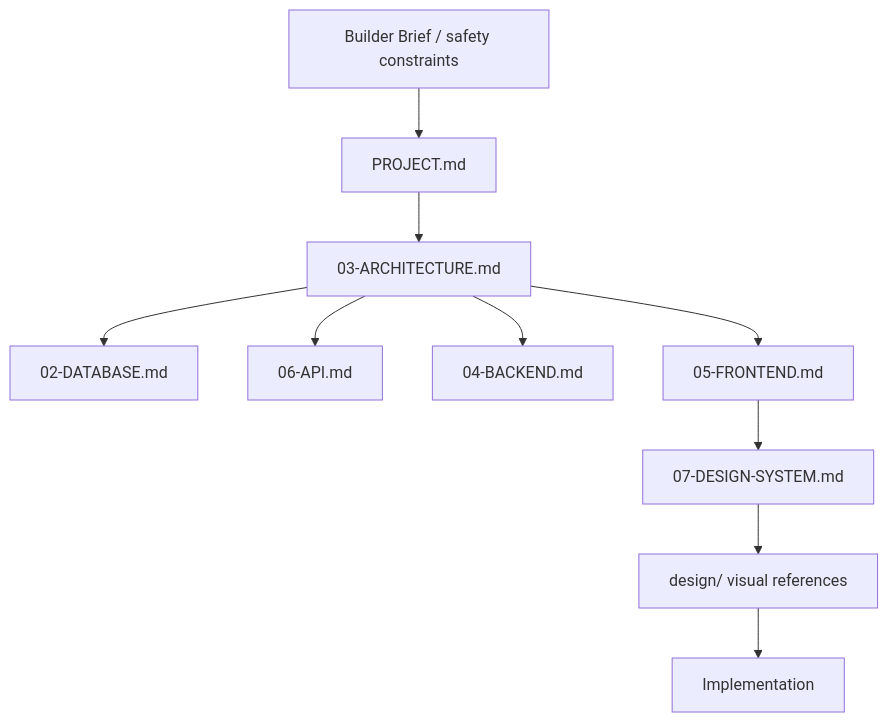
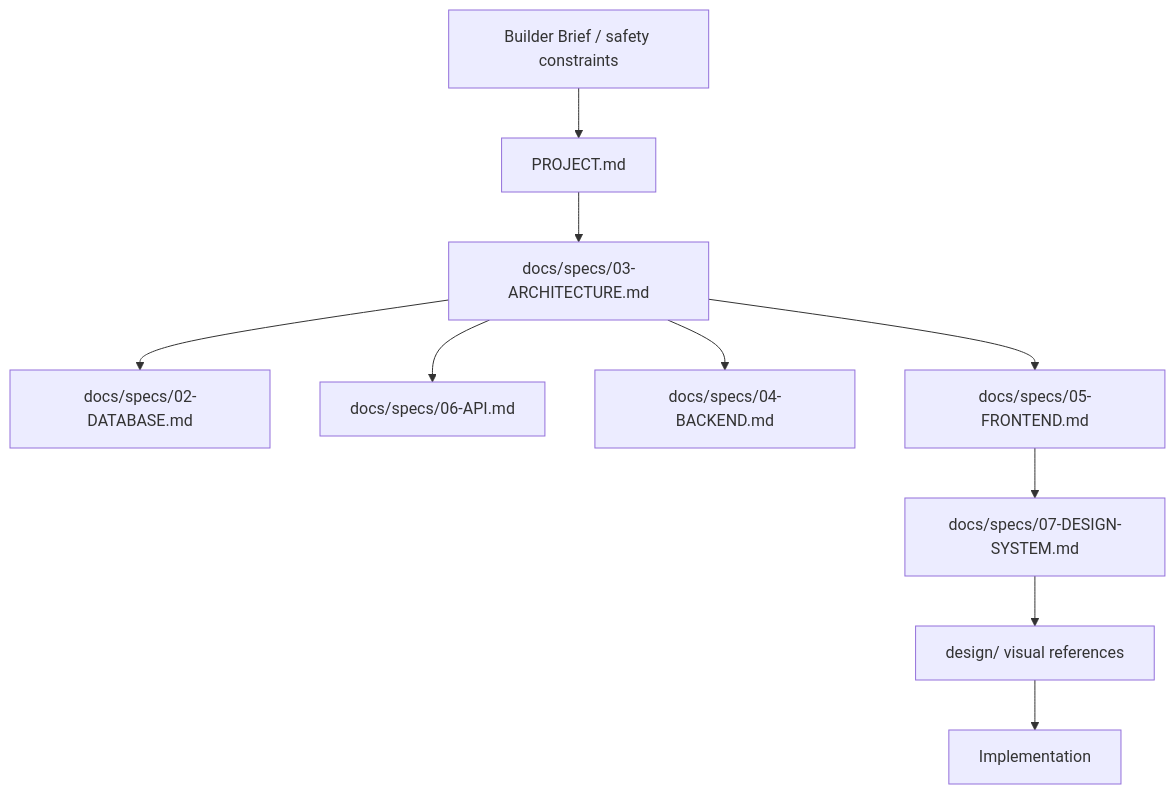
One commit to smitvidja/CyberRakshak changed the diagram in AGENTS.md. Above: the diagram before and after it, drawn with Mermaid. The commit also changed other lines of this file and 71 other files, not shown here.

````diff
--- a/AGENTS.md
+++ b/AGENTS.md
@@ -21,12 +21,12 @@
 ```mermaid
 flowchart TD
   A[Builder Brief / safety constraints] --> B[PROJECT.md]
-  B --> C[03-ARCHITECTURE.md]
-  C --> D[02-DATABASE.md]
-  C --> E[06-API.md]
-  C --> F[04-BACKEND.md]
-  C --> G[05-FRONTEND.md]
-  G --> H[07-DESIGN-SYSTEM.md]
+  B --> C[docs/specs/03-ARCHITECTURE.md]
+  C --> D[docs/specs/02-DATABASE.md]
+  C --> E[docs/specs/06-API.md]
+  C --> F[docs/specs/04-BACKEND.md]
+  C --> G[docs/specs/05-FRONTEND.md]
+  G --> H[docs/specs/07-DESIGN-SYSTEM.md]
   H --> I[design/ visual references]
   I --> J[Implementation]
 ```
````
